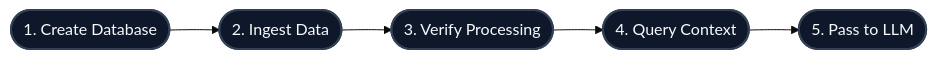
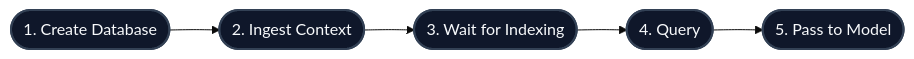
Before and after one commit to hydra-db/mintlify-docs: the diagram in get-started/v2/quickstart.mdx, drawn with Mermaid (base theme). The commit also changed other lines of this file and 36 other files, not shown here.

````diff
--- a/get-started/v2/quickstart.mdx
+++ b/get-started/v2/quickstart.mdx
@@ -211,13 +272,13 @@
 ```mermaid
 flowchart LR
-  A([1. Create Database]) --> B([2. Ingest Data])
-  B --> C([3. Verify Processing])
-  C --> D([4. Query Context])
-  D --> E([5. Pass to LLM])
+  A([1. Create Database]) --> B([2. Ingest Context])
+  B --> C([3. Wait for Indexing])
+  C --> D([4. Query])
+  D --> E([5. Pass to Model])
 
   style A fill:#0f172a,stroke:#334155,stroke-width:2px,color:#f8fafc,stroke-linecap:round
   style B fill:#0f172a,stroke:#334155,stroke-width:2px,color:#f8fafc,stroke-linecap:round
   style C fill:#0f172a,stroke:#334155,stroke-width:2px,color:#f8fafc,stroke-linecap:round
   style D fill:#0f172a,stroke:#334155,stroke-width:2px,color:#f8fafc,stroke-linecap:round
   style E fill:#0f172a,stroke:#334155,stroke-width:2px,color:#f8fafc,stroke-linecap:round
 ```
````
